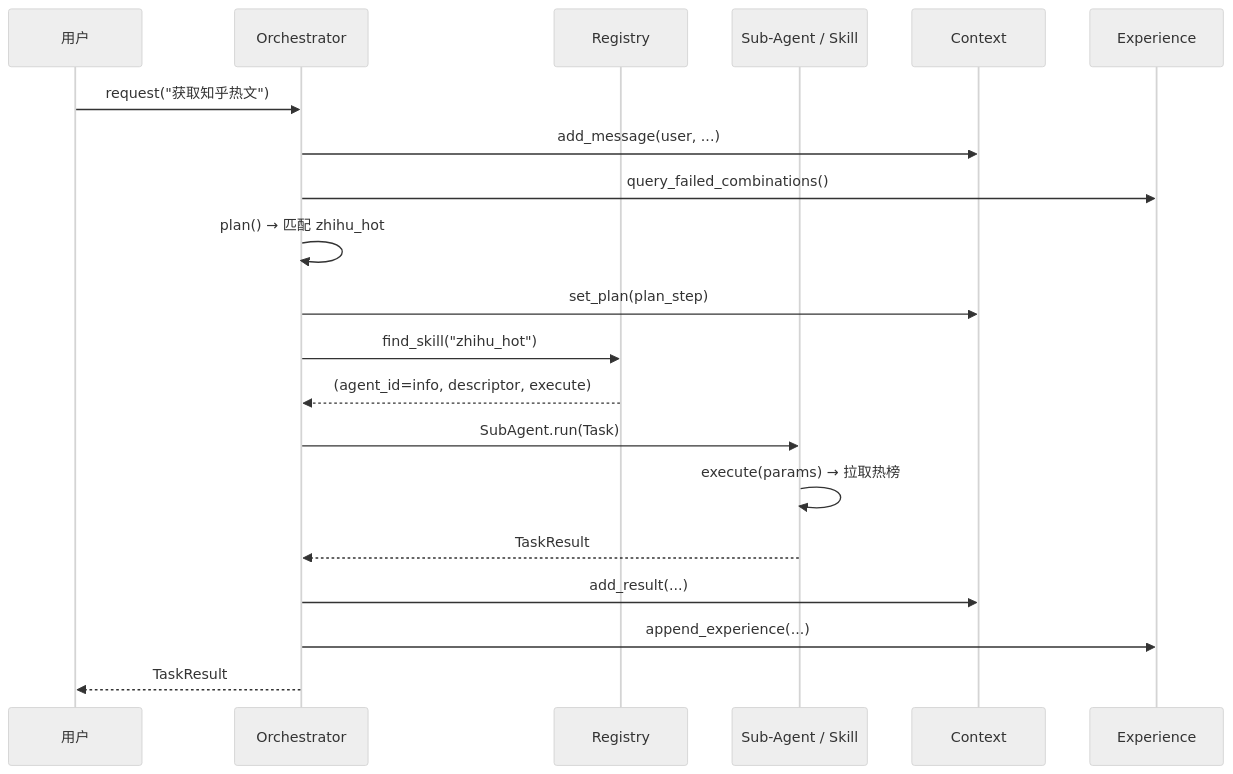
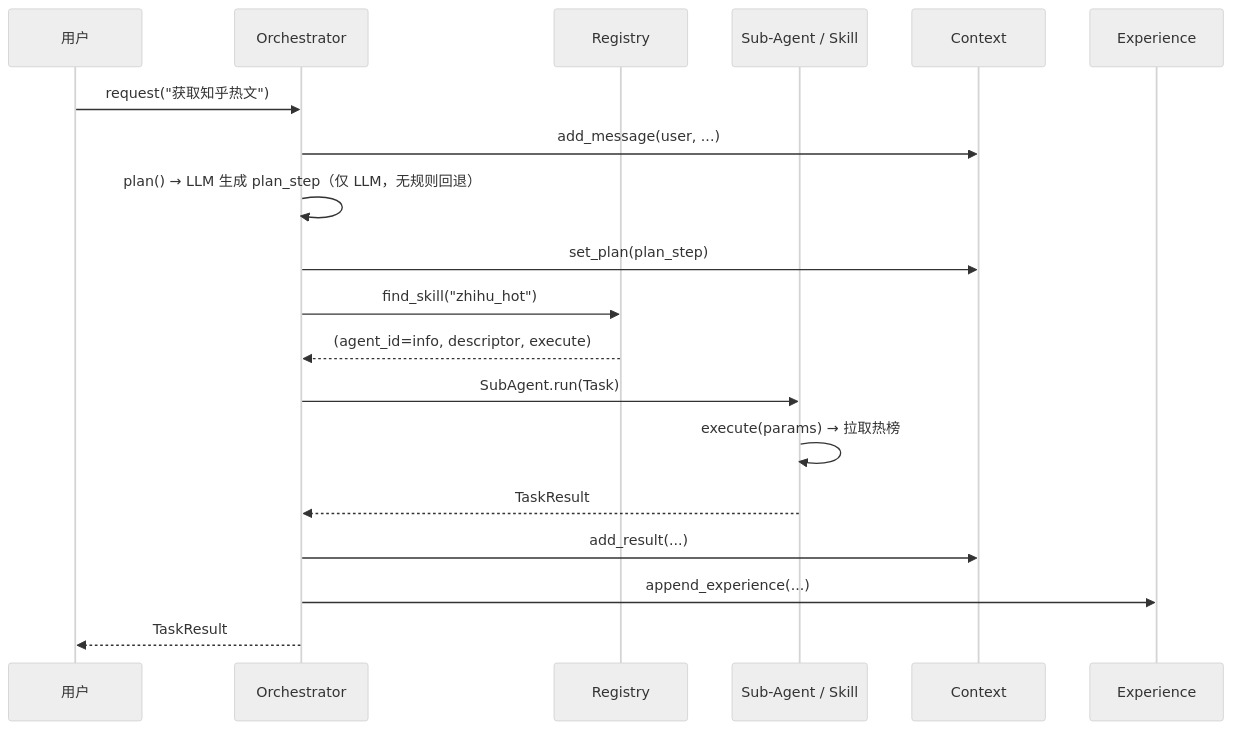
One commit to pyy07/contents changed the second of 4 diagrams in agent/ARCHITECTURE.md. Above: the diagram before and after it, drawn with Mermaid (neutral theme). The commit also changed other lines of this file and 20 other files, not shown here.

````diff
--- a/agent/ARCHITECTURE.md
+++ b/agent/ARCHITECTURE.md
@@ -46,23 +46,22 @@
 ```mermaid
 sequenceDiagram
     participant U as 用户
     participant O as Orchestrator
     participant R as Registry
     participant S as Sub-Agent / Skill
     participant C as Context
     participant E as Experience
 
     U->>O: request("获取知乎热文")
     O->>C: add_message(user, ...)
-    O->>E: query_failed_combinations()
-    O->>O: plan() → 匹配 zhihu_hot
+    O->>O: plan() → LLM 生成 plan_step（仅 LLM，无规则回退）
     O->>C: set_plan(plan_step)
     O->>R: find_skill("zhihu_hot")
     R-->>O: (agent_id=info, descriptor, execute)
     O->>S: SubAgent.run(Task)
     S->>S: execute(params) → 拉取热榜
     S-->>O: TaskResult
     O->>C: add_result(...)
     O->>E: append_experience(...)
     O-->>U: TaskResult
 ```
````
